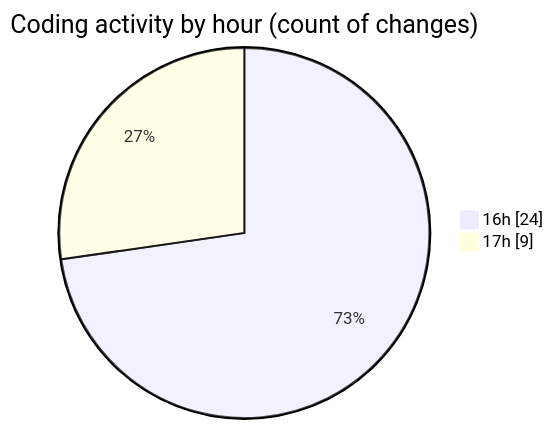
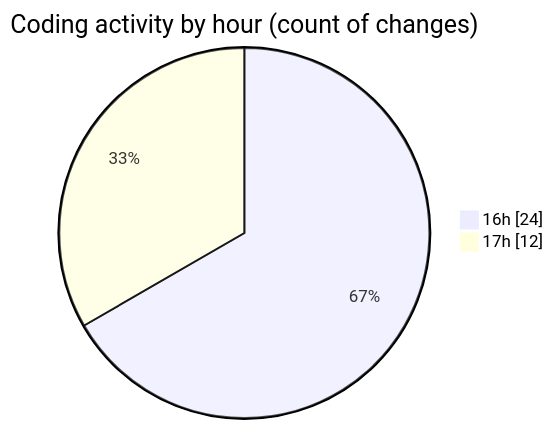
Before and after one commit to donsfak/code-tracking: the second of 2 diagrams in 2025-01-26/trackers_app/README.md, drawn with Mermaid. The commit also changed other lines of this file and 1 other file, not shown here.

````diff
--- a/2025-01-26/trackers_app/README.md
+++ b/2025-01-26/trackers_app/README.md
@@ -37,6 +38,6 @@
 ```mermaid
 pie showData
 title Coding activity by hour (count of changes)
 "16h" : 24
-"17h" : 9
+"17h" : 12
 ```
````
